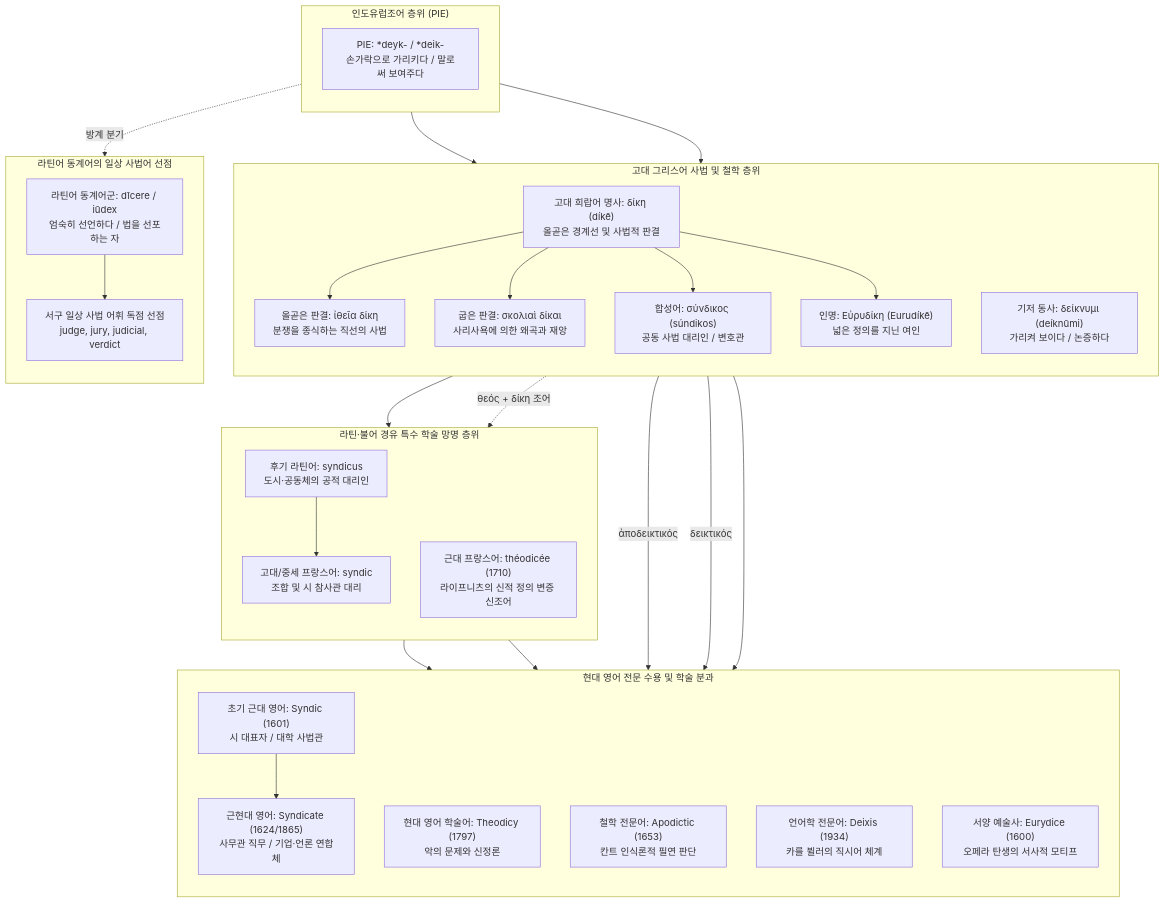
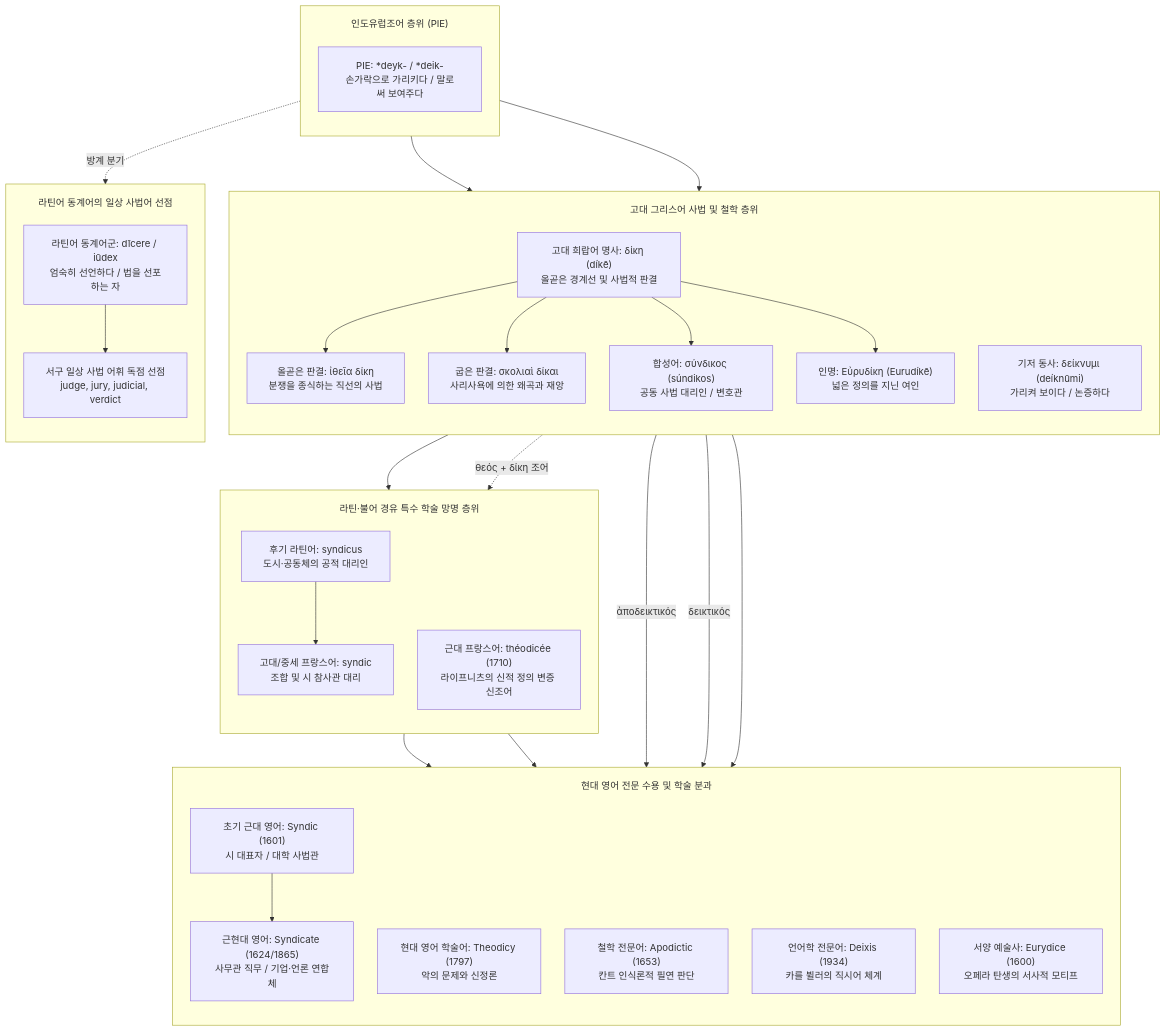
Before and after one commit to YgHnSIM/Homer_wiki: the diagram in words/word-dike.md, drawn with Mermaid.

Commit message:
refactor(word-dike): Mermaid 신규격 적용 (flowchart·init·classDef 제거)

````diff
--- a/words/word-dike.md
+++ b/words/word-dike.md
@@ -44,63 +44,64 @@
 ```mermaid
+%%{init: {'flowchart': {'useMaxWidth': true, 'nodeSpacing': 40, 'rankSpacing': 56, 'padding': 18, 'subGraphTitleMargin': {'top': 18, 'bottom': 10}}}}%%
 flowchart TD
     subgraph PIE_Stage ["인도유럽조어 층위 (PIE)"]
         direction TB
         PIE_ROOT["PIE: *deyk- / *deik-<br/>손가락으로 가리키다 / 말로써 보여주다"]
     end
 
     subgraph Greek_Stage ["고대 그리스어 사법 및 철학 층위"]
         direction TB
         GRK_DIKE["고대 희랍어 명사: δίκη (díkē)<br/>올곧은 경계선 및 사법적 판결"]:::focus
         GRK_VERB["기저 동사: δείκνυμι (deíknūmi)<br/>가리켜 보이다 / 논증하다"]
         ITHEIA["올곧은 판결: ἰθεῖα δίκη<br/>분쟁을 종식하는 직선의 사법"]:::resolve
         SKOLIA["굽은 판결: σκολιαὶ δίκαι<br/>사리사욕에 의한 왜곡과 재앙"]:::crisis
         GRK_SYNDIC["합성어: σύνδικος (súndikos)<br/>공동 사법 대리인 / 변호관"]
         GRK_EURYDICE["인명: Εὐρυδίκη (Eurudíkē)<br/>넓은 정의를 지닌 여인"]
     end
 
     subgraph Preemption_Stage ["라틴어 동계어의 일상 사법어 선점"]
         direction TB
         LAT_COGNATE["라틴어 동계어군: dīcere / iūdex<br/>엄숙히 선언하다 / 법을 선포하는 자"]
         LAT_LEGAL["서구 일상 사법 어휘 독점 선점<br/>judge, jury, judicial, verdict"]
         LAT_COGNATE --> LAT_LEGAL
     end
 
     subgraph Trans_Stage ["라틴·불어 경유 특수 학술 망명 층위"]
         direction TB
         LAT_SYNDIC["후기 라틴어: syndicus<br/>도시·공동체의 공적 대리인"]
         OFR_SYNDIC["고대/중세 프랑스어: syndic<br/>조합 및 시 참사관 대리"]
         FRA_THEO["근대 프랑스어: théodicée (1710)<br/>라이프니츠의 신적 정의 변증 신조어"]
     end
 
     subgraph Modern_Stage ["현대 영어 전문 수용 및 학술 분과"]
         direction TB
         ENG_SYNDIC["초기 근대 영어: Syndic (1601)<br/>시 대표자 / 대학 사법관"]
         ENG_SYNDICATE["근현대 영어: Syndicate (1624/1865)<br/>사무관 직무 / 기업·언론 연합체"]
         ENG_THEODICY["현대 영어 학술어: Theodicy (1797)<br/>악의 문제와 신정론"]:::resolve
         ENG_APODICTIC["철학 전문어: Apodictic (1653)<br/>칸트 인식론적 필연 판단"]
         ENG_DEIXIS["언어학 전문어: Deixis (1934)<br/>카를 뷜러의 직시어 체계"]
         ENG_EURYDICE["서양 예술사: Eurydice (1600)<br/>오페라 탄생의 서사적 모티프"]
     end
 
     %% 어원 전파 엣지 연결
     PIE_ROOT --> GRK_DIKE
     PIE_ROOT --> GRK_VERB
     PIE_ROOT -.->|방계 분기| LAT_COGNATE
 
     GRK_DIKE --> ITHEIA
     GRK_DIKE --> SKOLIA
     GRK_DIKE --> GRK_SYNDIC
     GRK_DIKE --> GRK_EURYDICE
 
     GRK_SYNDIC --> LAT_SYNDIC
     LAT_SYNDIC --> OFR_SYNDIC
     OFR_SYNDIC --> ENG_SYNDIC
     ENG_SYNDIC --> ENG_SYNDICATE
 
     GRK_DIKE -.->|θεός + δίκη 조어| FRA_THEO
     FRA_THEO --> ENG_THEODICY
 
     GRK_VERB -->|ἀποδεικτικός| ENG_APODICTIC
     GRK_VERB -->|δεικτικός| ENG_DEIXIS
     GRK_EURYDICE --> ENG_EURYDICE
 ```
````
